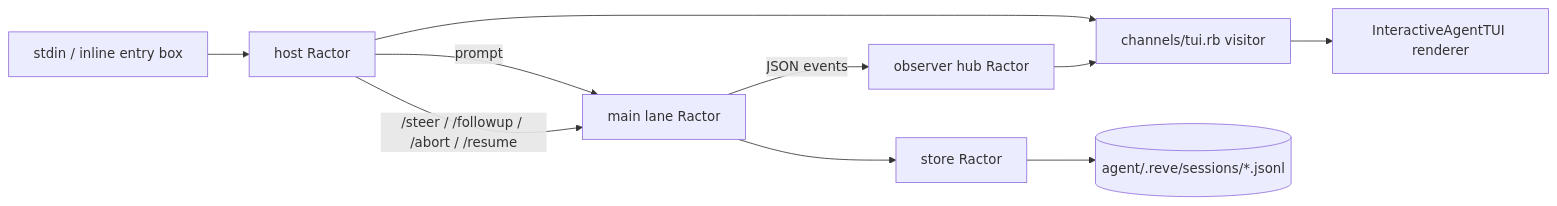
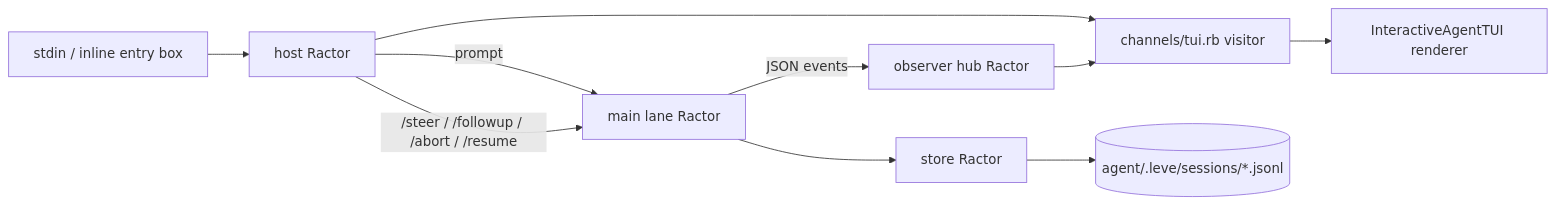
One commit to tobi/reve changed the first of 2 diagrams in README.md. Above: the diagram before and after it, drawn with Mermaid. The commit also changed other lines of this file and 122 other files, not shown here.

````diff
--- a/README.md
+++ b/README.md
@@ -367,12 +373,12 @@
 ```mermaid
 flowchart LR
   U[stdin / inline entry box] --> H[host Ractor]
   H --> C[channels/tui.rb visitor]
   C --> R[InteractiveAgentTUI renderer]
   H -->|prompt| L[main lane Ractor]
   H -->|/steer / /followup / /abort / /resume| L
   L -->|JSON events| O[observer hub Ractor]
   O --> C
   L --> S[store Ractor]
-  S --> J[(agent/.reve/sessions/*.jsonl)]
+  S --> J[(agent/.leve/sessions/*.jsonl)]
 ```
````
